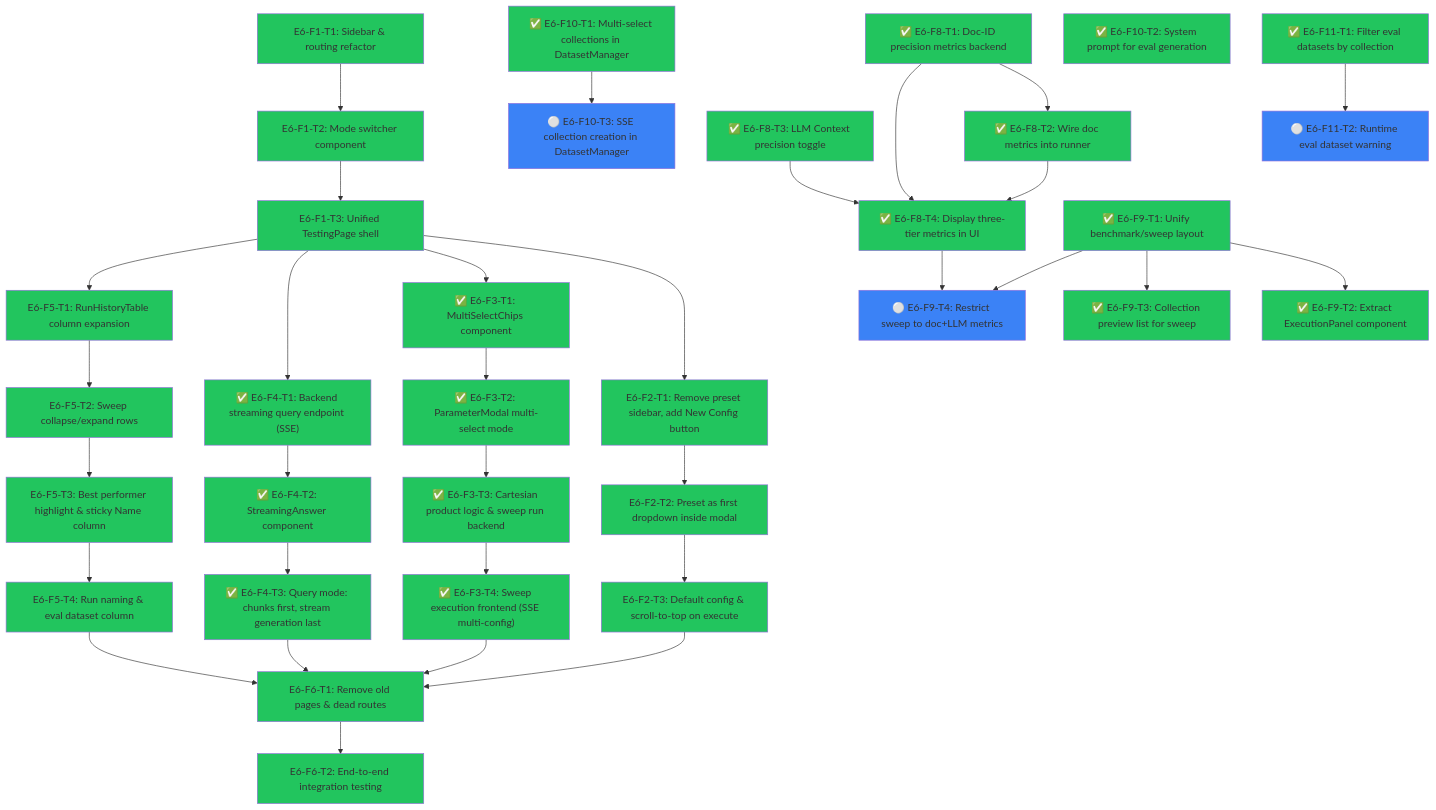
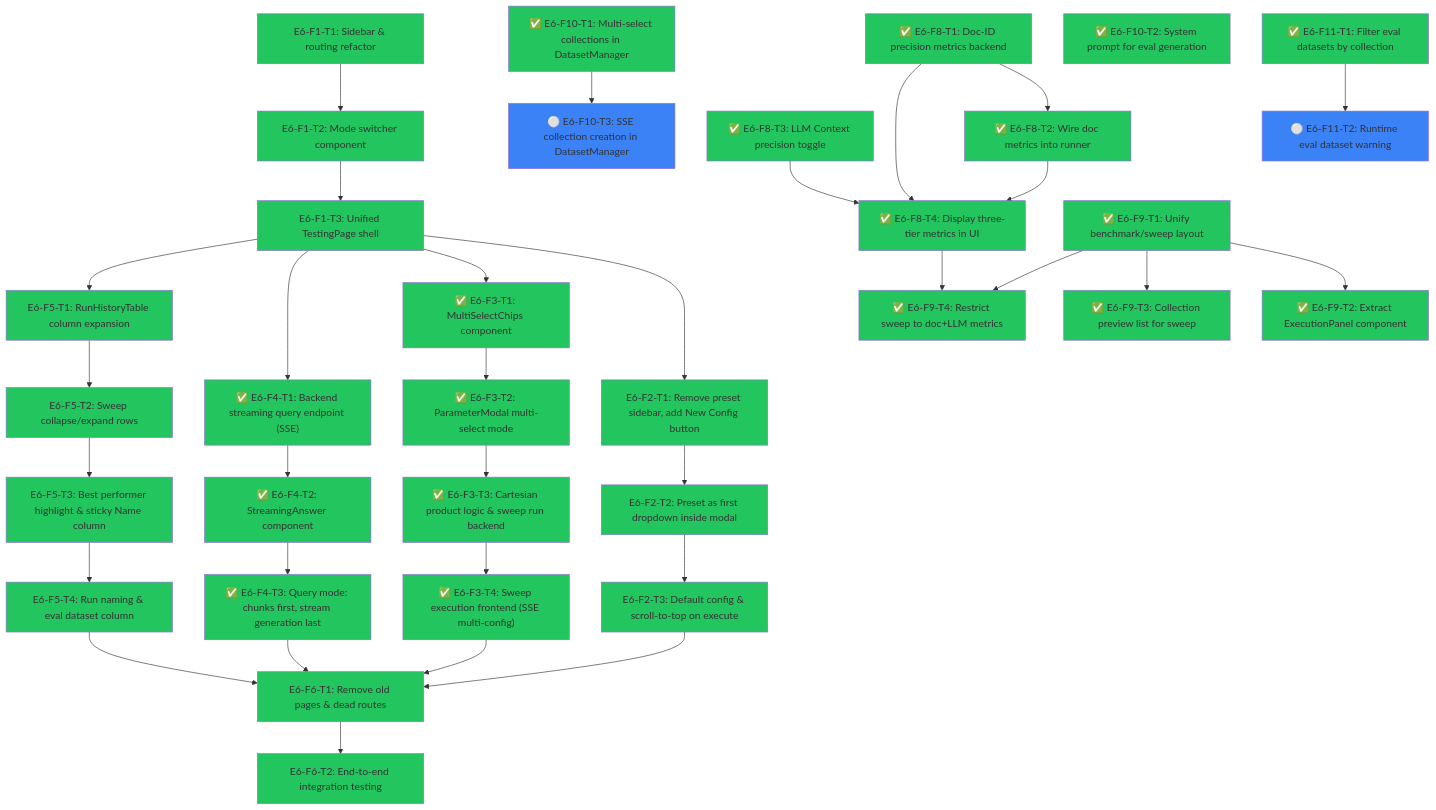
One commit to Vutiot/EvenementsRAG changed the diagram in roadmap_unification.md. Above: the diagram before and after it, drawn with Mermaid. The commit also changed other lines of this file and 4 other files, not shown here.

First line of the commit message:
feat: restrict sweep metrics to doc-ID and LLM context only (E6-F9-T4)

```diff
--- a/roadmap_unification.md
+++ b/roadmap_unification.md
@@ -74,7 +74,7 @@
   E6F9T1["✅ E6-F9-T1: Unify benchmark/sweep layout"]
   E6F9T2["✅ E6-F9-T2: Extract ExecutionPanel component"]
   E6F9T3["✅ E6-F9-T3: Collection preview list for sweep"]
-  E6F9T4["⚪ E6-F9-T4: Restrict sweep to doc+LLM metrics"]
+  E6F9T4["✅ E6-F9-T4: Restrict sweep to doc+LLM metrics"]
 
   E6F10T1["✅ E6-F10-T1: Multi-select collections in DatasetManager"]
   E6F10T2["✅ E6-F10-T2: System prompt for eval generation"]
@@ -123,7 +123,7 @@
   style E6F9T1 fill:#22c55e
   style E6F9T2 fill:#22c55e
   style E6F9T3 fill:#22c55e
-  style E6F9T4 fill:#3b82f6
+  style E6F9T4 fill:#22c55e
   style E6F10T1 fill:#22c55e
   style E6F10T2 fill:#22c55e
   style E6F10T3 fill:#3b82f6
```
